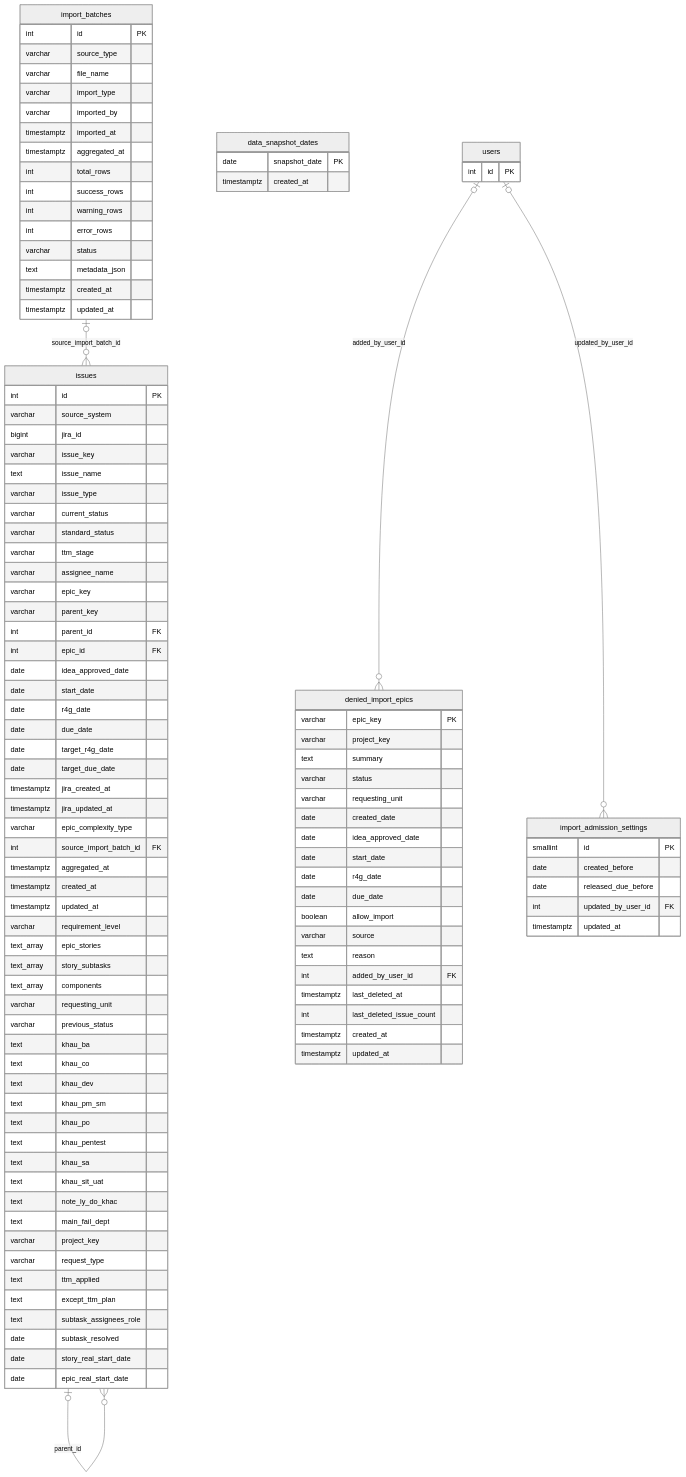
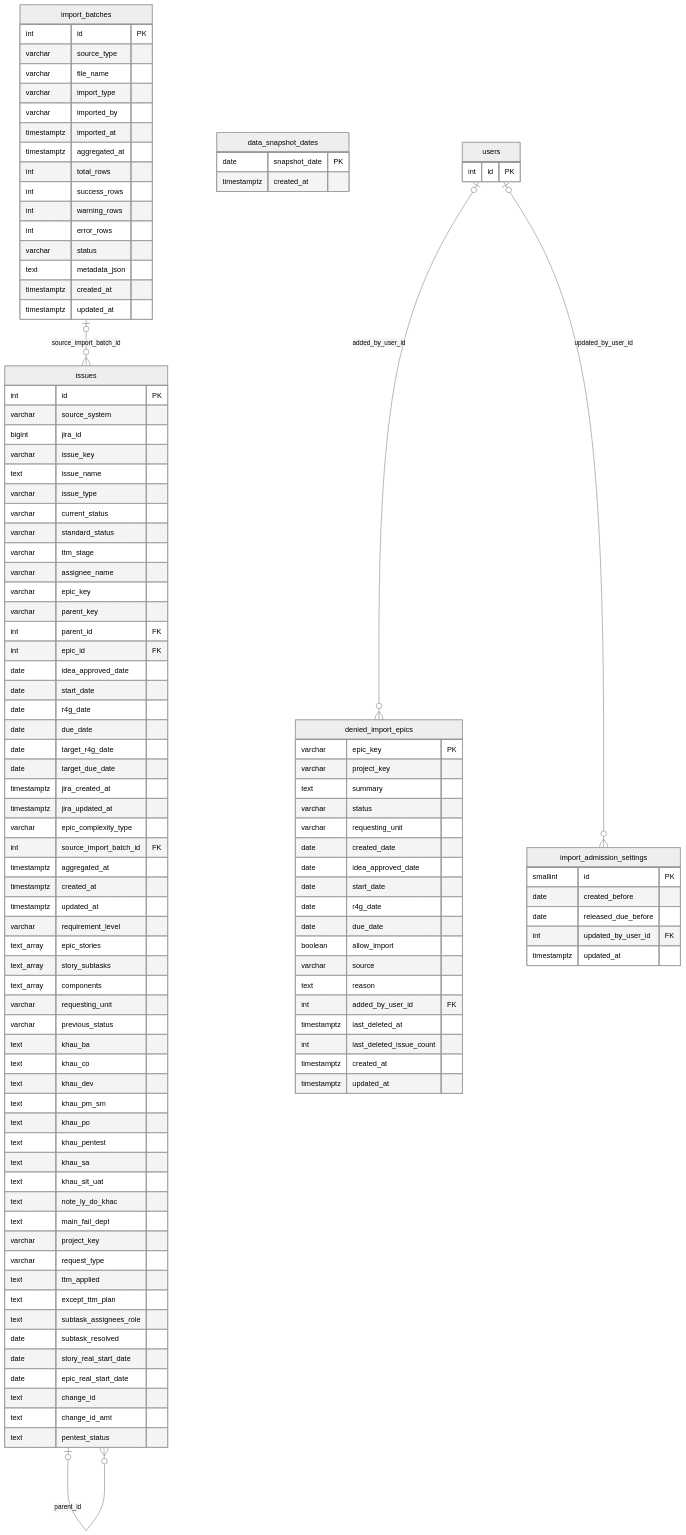
The fourth of 13 diagrams in docs/database-erd.md (dminhbb/ttm-tool), drawn with Mermaid (neutral theme) before and after one commit. The commit also changed other lines of this file and 44 other files, not shown here.

```diff
--- a/docs/database-erd.md
+++ b/docs/database-erd.md
@@ -644,6 +644,9 @@
         date subtask_resolved
         date story_real_start_date
         date epic_real_start_date
+        text change_id
+        text change_id_amt
+        text pentest_status
     }
     denied_import_epics {
         varchar epic_key PK
```
